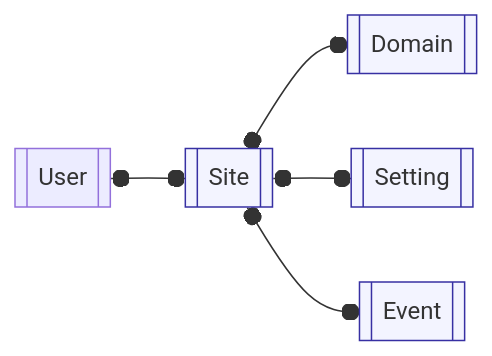
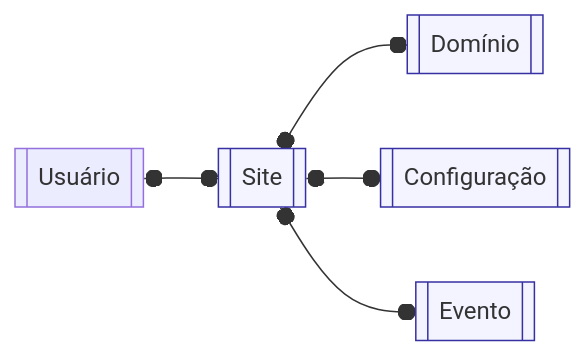
Before and after one commit to matheuscastroks/projeto-tfc: the fifth of 5 diagrams in README.md, drawn with Mermaid. The commit also changed other lines of this file and 4 other files, not shown here.

````diff
--- a/README.md
+++ b/README.md
@@ -151,15 +151,15 @@
 ```mermaid
 flowchart LR
-  User[[User]]
+  User[[Usuário]]
   Site[[Site]]
-  Domain[[Domain]]
-  Setting[[Setting]]
-  Event[[Event]]
+  Domain[[Domínio]]
+  Setting[[Configuração]]
+  Event[[Evento]]
 
   User o--o Site:::rel
   Site o--o Domain:::rel
   Site o--o Setting:::rel
   Site o--o Event:::rel
 
   classDef rel fill:#f3f4ff,stroke:#3730a3,stroke-width:1px
 ```
````
